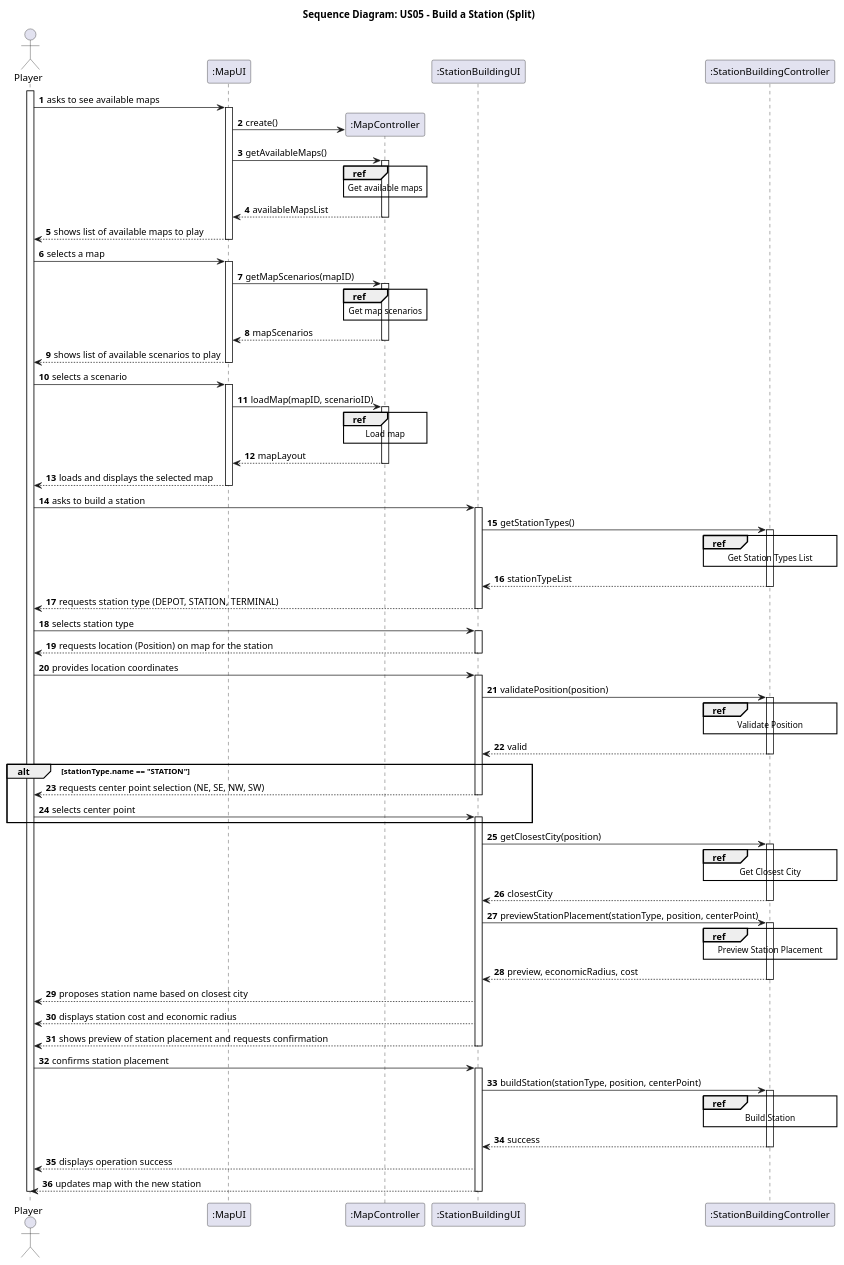
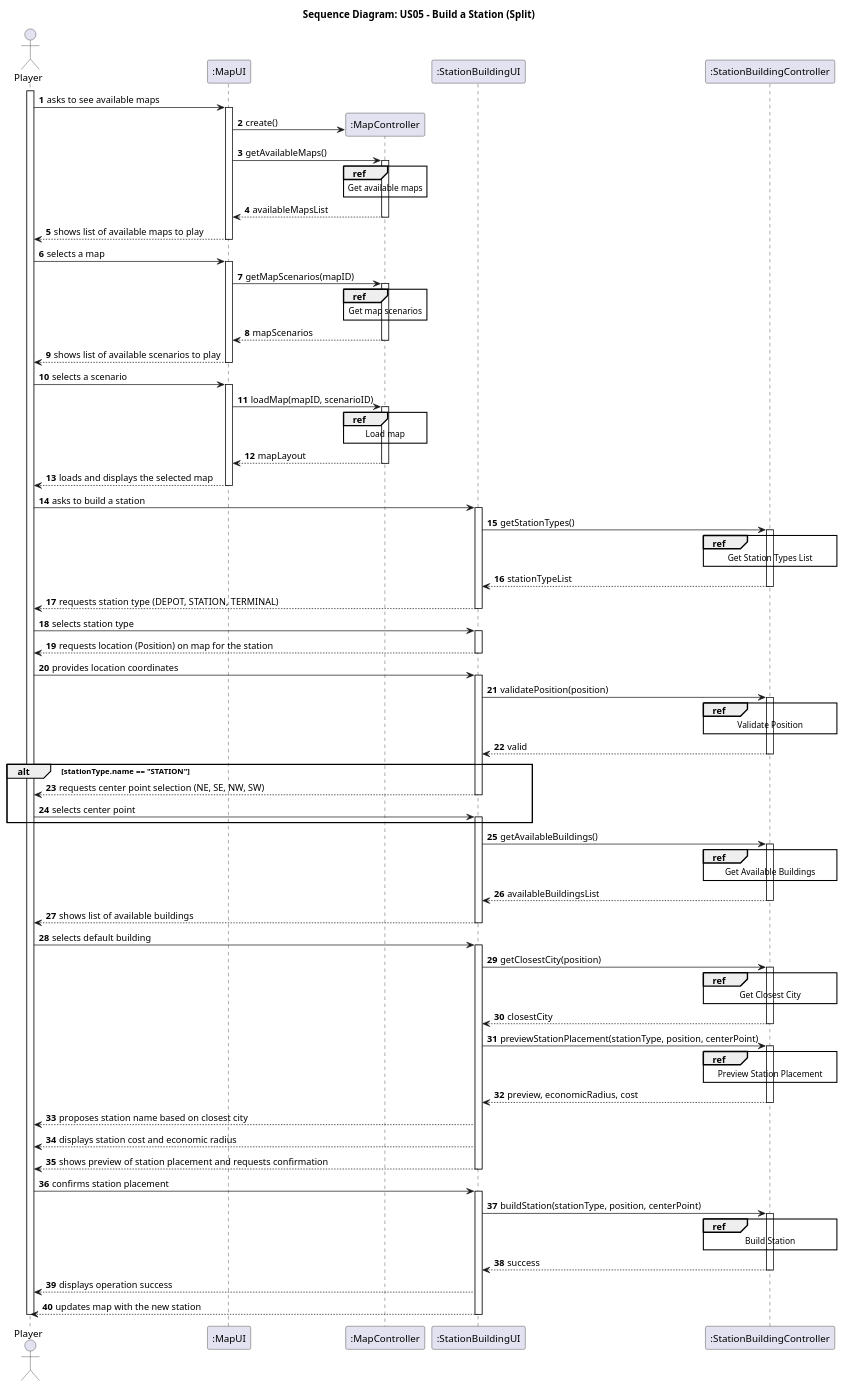
The diagram in docs/system-documentation/Sprint 3/US05/03.design/puml/US05-SD-split-Sequence_Diagram.puml (HenriqueSilva18/Railway-Network-Simulator), drawn with PlantUML before and after one commit. The commit also changed 1 other file, not shown here.

Commit message:
[US05] - Ref #5, Ref #318 - Minor fix

```diff
--- a/docs/system-documentation/Sprint 3/US05/03.design/puml/US05-SD-split-Sequence_Diagram.puml
+++ b/docs/system-documentation/Sprint 3/US05/03.design/puml/US05-SD-split-Sequence_Diagram.puml
@@ -1,138 +1,154 @@
 @startuml
 skinparam packageStyle rectangle
 skinparam shadowing false
 
 autonumber
 
 title Sequence Diagram: US05 - Build a Station (Split)
 
 actor "Player" as PLAYER
 participant ":MapUI" as mapUI
 participant ":MapController" as mapCTRL
 participant ":StationBuildingUI" as UI
 participant ":StationBuildingController" as CTRL
 
 
 activate PLAYER
 
     PLAYER -> mapUI: asks to see available maps
         activate mapUI
         mapUI -> mapCTRL**: create()
         mapUI -> mapCTRL: getAvailableMaps()
             activate mapCTRL
                 ref over mapCTRL
                     Get available maps
                 end
             mapCTRL --> mapUI: availableMapsList
             deactivate mapCTRL
         mapUI --> PLAYER: shows list of available maps to play
         deactivate mapUI
 
     PLAYER -> mapUI: selects a map
         activate mapUI
         mapUI -> mapCTRL: getMapScenarios(mapID)
             activate mapCTRL
                 ref over mapCTRL
                     Get map scenarios
                 end
             mapCTRL --> mapUI: mapScenarios
             deactivate mapCTRL
         mapUI --> PLAYER: shows list of available scenarios to play
         deactivate mapUI
     PLAYER -> mapUI: selects a scenario
 
         activate mapUI
         mapUI -> mapCTRL: loadMap(mapID, scenarioID)
             activate mapCTRL
                 ref over mapCTRL
                     Load map
                 end
             mapCTRL --> mapUI: mapLayout
             deactivate mapCTRL
         mapUI --> PLAYER: loads and displays the selected map
         deactivate mapUI
 
     PLAYER -> UI : asks to build a station
     activate UI
         UI -> CTRL : getStationTypes()
         
         ref over CTRL
             Get Station Types List
         end ref
         
         activate CTRL
             CTRL --> UI : stationTypeList
         deactivate CTRL
         
         UI --> PLAYER : requests station type (DEPOT, STATION, TERMINAL)
     deactivate UI
 
     PLAYER -> UI : selects station type
     activate UI
         UI --> PLAYER : requests location (Position) on map for the station
     deactivate UI
 
     PLAYER -> UI : provides location coordinates
     activate UI
         UI -> CTRL : validatePosition(position)
         
         ref over CTRL
             Validate Position
         end ref
         
         activate CTRL
             CTRL --> UI : valid
         deactivate CTRL
 
         alt stationType.name == "STATION"
             UI --> PLAYER : requests center point selection (NE, SE, NW, SW)
             deactivate UI
 
             PLAYER -> UI : selects center point
             activate UI
         end
 
+        UI -> CTRL : getAvailableBuildings()
+        
+        ref over CTRL
+            Get Available Buildings
+        end ref
+        
+        activate CTRL
+            CTRL --> UI : availableBuildingsList
+        deactivate CTRL
+        
+        UI --> PLAYER : shows list of available buildings
+        deactivate UI
+
+        PLAYER -> UI : selects default building
+        activate UI
+
         UI -> CTRL : getClosestCity(position)
         
         ref over CTRL
             Get Closest City
         end ref
         
         activate CTRL
             CTRL --> UI : closestCity
         deactivate CTRL
         
         UI -> CTRL : previewStationPlacement(stationType, position, centerPoint)
         
         ref over CTRL
             Preview Station Placement
         end ref
         
         activate CTRL
             CTRL --> UI : preview, economicRadius, cost
         deactivate CTRL
 
         UI --> PLAYER : proposes station name based on closest city
         UI --> PLAYER : displays station cost and economic radius
         UI --> PLAYER : shows preview of station placement and requests confirmation
     deactivate UI
 
     PLAYER -> UI : confirms station placement
     activate UI
         UI -> CTRL : buildStation(stationType, position, centerPoint)
         
         ref over CTRL
             Build Station
         end ref
         
         activate CTRL
             CTRL --> UI : success
         deactivate CTRL
 
         UI --> PLAYER : displays operation success
         UI --> PLAYER : updates map with the new station
     deactivate UI
 
 deactivate PLAYER
 
 @enduml 
```
